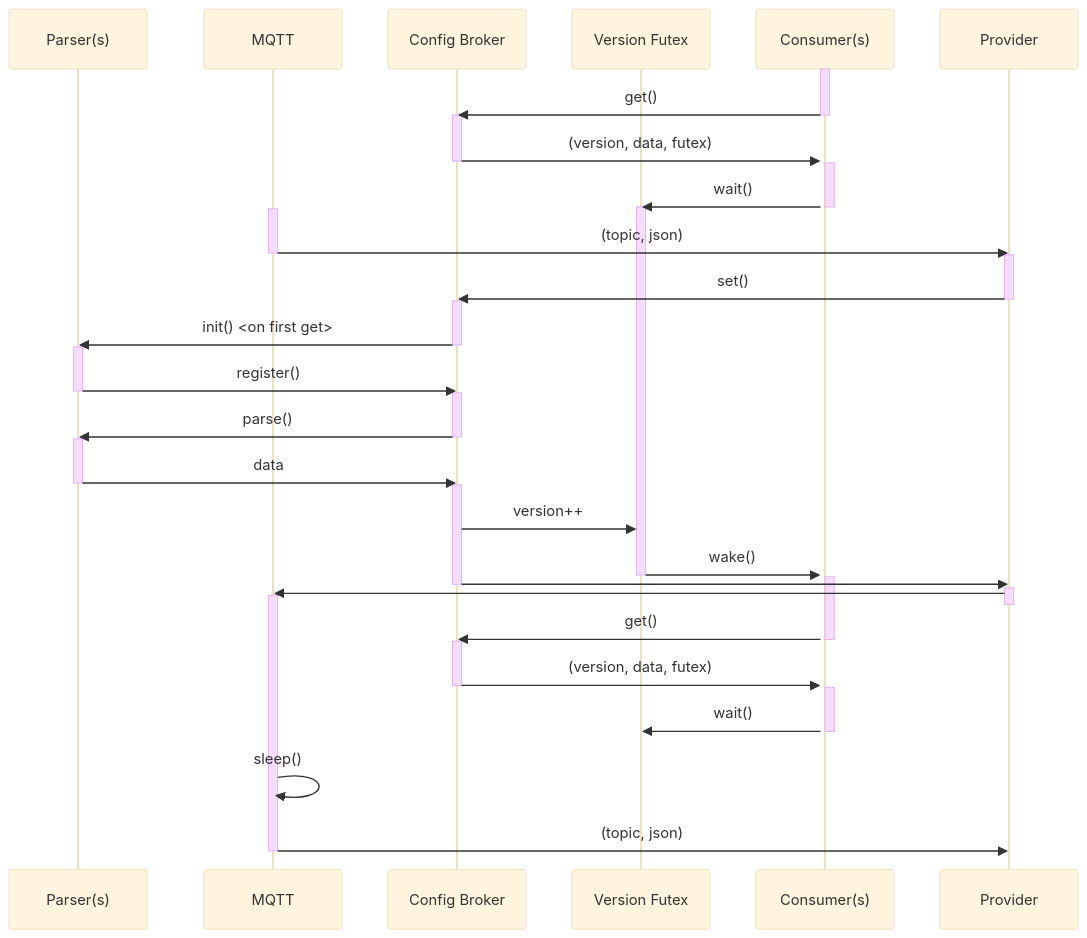
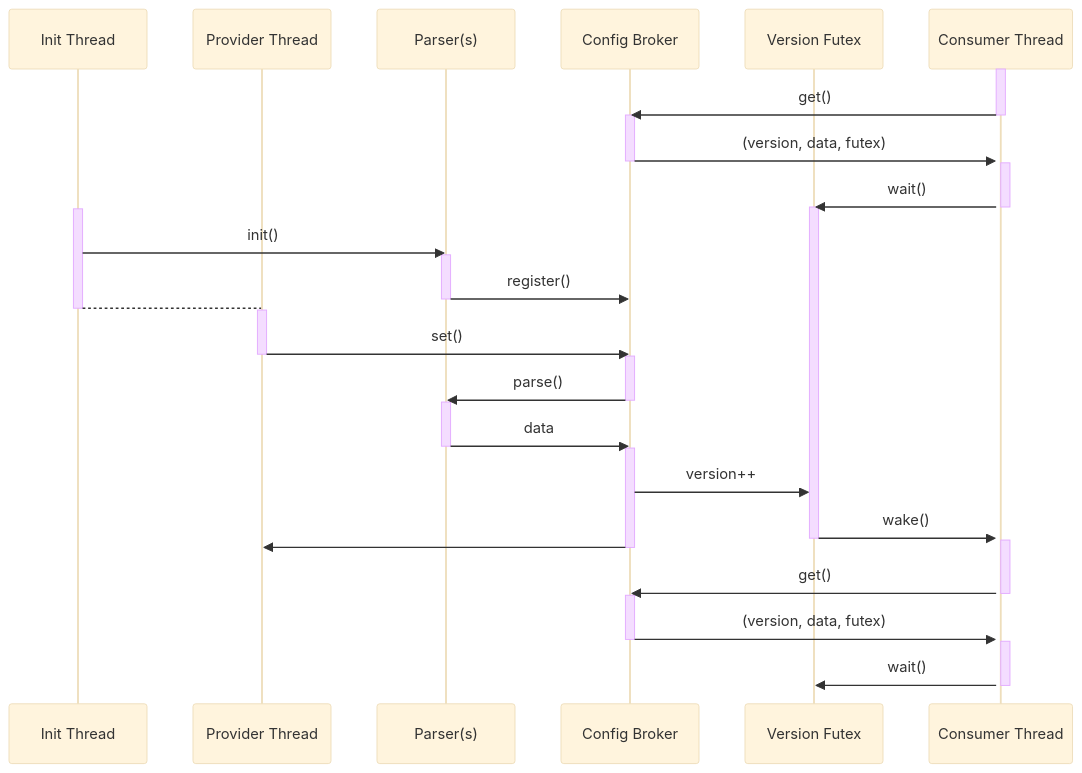
One commit to PhilDay-CT/cheriot-demos changed the second of 4 diagrams in configuration_broker/README.md. Above: the diagram before and after it, drawn with Mermaid (base theme). The commit also changed other lines of this file and 19 other files, not shown here.

````diff
--- a/configuration_broker/README.md
+++ b/configuration_broker/README.md
@@ -329,79 +104,68 @@
 ```mermaid
 sequenceDiagram
-  participant Parser
-  participant MQTT
+  participant Init as Init Thread
+  participant Provider as Provider Thread
   participant Parser as Parser(s)
   participant Broker as Config Broker
   participant Futex as Version Futex
-  participant Consumer as Consumer(s)
+  participant Consumer as Consumer Thread
 
   activate Consumer
   Consumer ->> Broker : get()
   
   deactivate Consumer
   activate Broker
   Broker ->>+ Consumer: (version, data, futex)
   
   deactivate Broker
   activate Consumer
   Consumer ->> Futex : wait()
 
   activate Futex
   deactivate Consumer
 
-  activate MQTT
-  MQTT ->> Provider: (topic, json)
-  deactivate MQTT
+  activate Init
+  Init ->> Parser: init()
+
+  activate Parser
+  Parser ->> Broker : register()
+  deactivate Parser
+
+  Init --> Provider : 
+  deactivate Init
 
   activate Provider
   Provider ->> Broker: set()
   deactivate Provider
 
-  activate Broker
-  Broker->> Parser: init() <on first get>
-  deactivate Broker
-
-  activate Parser
-  Parser ->> Broker : register()
-  deactivate Parser
-
+  
   activate Broker
   Broker->> Parser: parse()
   deactivate Broker
 
   activate Parser
   Parser ->> Broker : data
   deactivate Parser
 
   activate Broker
   Broker->> Futex: version++
 
   Futex ->> Consumer: wake()
   deactivate Futex
   activate Consumer
 
   Broker ->> Provider : 
   deactivate Broker
 
-  activate Provider
-  Provider ->> MQTT : 
-  deactivate Provider
-  activate MQTT
-
   Consumer ->> Broker : get()
   deactivate Consumer
   activate Broker
   
   Broker ->> Consumer: (version, data, futex)
   deactivate Broker
   activate Consumer
 
   Consumer ->> Futex : wait()
   deactivate Consumer
   activate Futex
-
-  MQTT ->> MQTT : sleep()
-  MQTT ->> Provider: (topic, json)
-  deactivate MQTT
-
 ```
````
